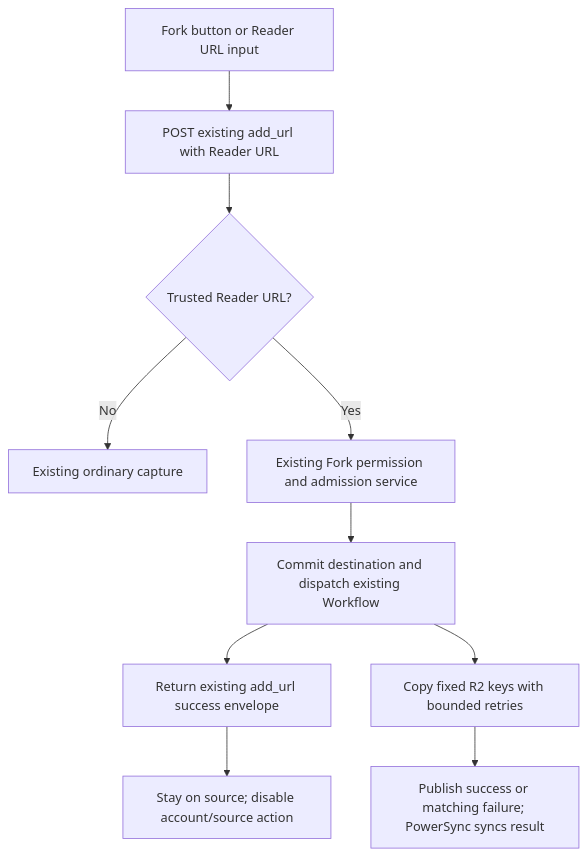
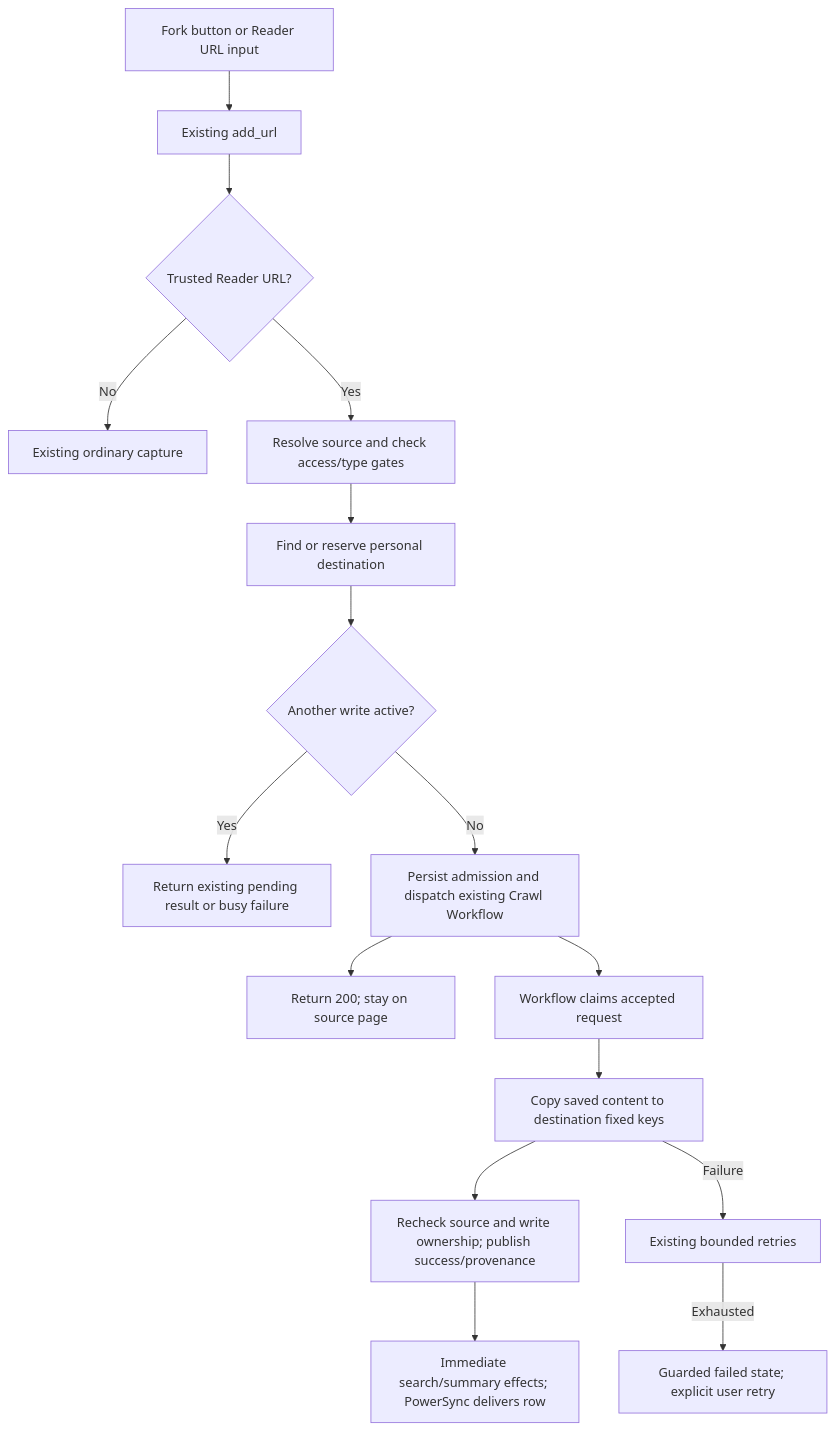
One commit to slax-lab/slax-reader changed the first of 4 diagrams in docs/api/bookmark-fork-fixed-paths.md. Above: the diagram before and after it, drawn with Mermaid. The commit also changed other lines of this file and 59 other files, not shown here.

````diff
--- a/docs/api/bookmark-fork-fixed-paths.md
+++ b/docs/api/bookmark-fork-fixed-paths.md
@@ -60,12 +28,18 @@
 ```mermaid
 flowchart TD
-    A[Fork button or Reader URL input] --> B[POST existing add_url with Reader URL]
+    A[Fork button or Reader URL input] --> B[Existing add_url]
     B --> C{Trusted Reader URL?}
     C -- No --> D[Existing ordinary capture]
-    C -- Yes --> E[Existing Fork permission and admission service]
-    E --> F[Commit destination and dispatch existing Workflow]
-    F --> G[Return existing add_url success envelope]
-    G --> H[Stay on source; disable account/source action]
-    F --> I[Copy fixed R2 keys with bounded retries]
-    I --> J[Publish success or matching failure; PowerSync syncs result]
+    C -- Yes --> E[Resolve source and check access/type gates]
+    E --> F[Find or reserve personal destination]
+    F --> G{Another write active?}
+    G -- Yes --> H[Return existing pending result or busy failure]
+    G -- No --> I[Persist admission and dispatch existing Crawl Workflow]
+    I --> J[Return 200; stay on source page]
+    I --> K[Workflow claims accepted request]
+    K --> L[Copy saved content to destination fixed keys]
+    L --> M[Recheck source and write ownership; publish success/provenance]
+    M --> N[Immediate search/summary effects; PowerSync delivers row]
+    L -- Failure --> O[Existing bounded retries]
+    O -- Exhausted --> P[Guarded failed state; explicit user retry]
 ```
````
